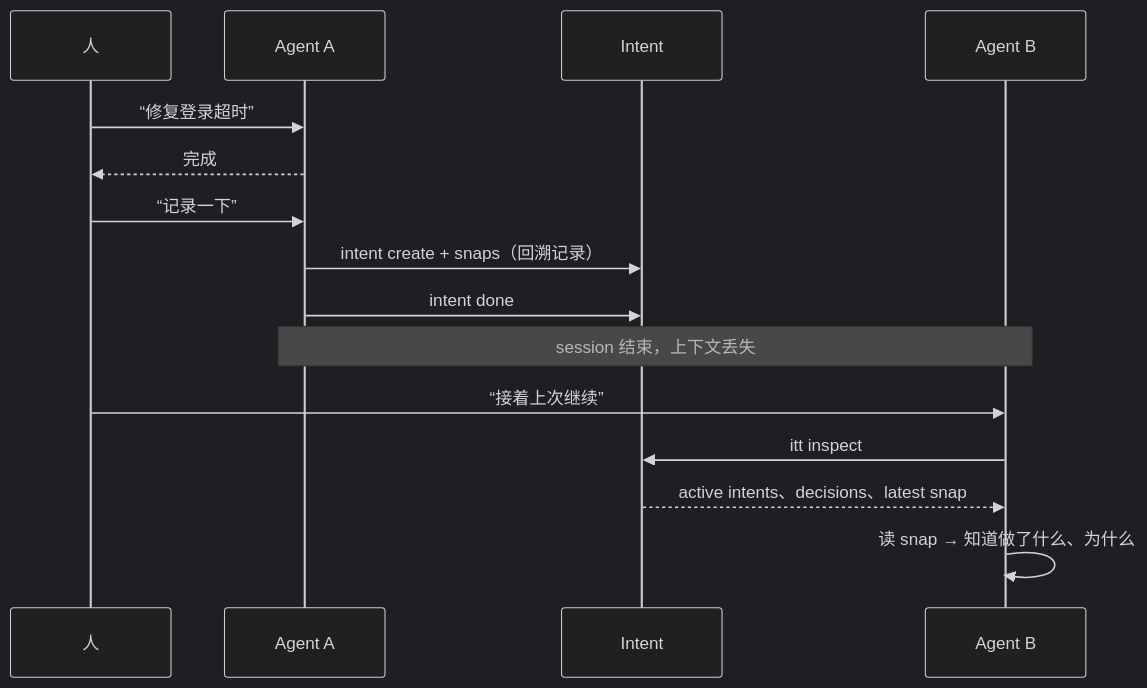
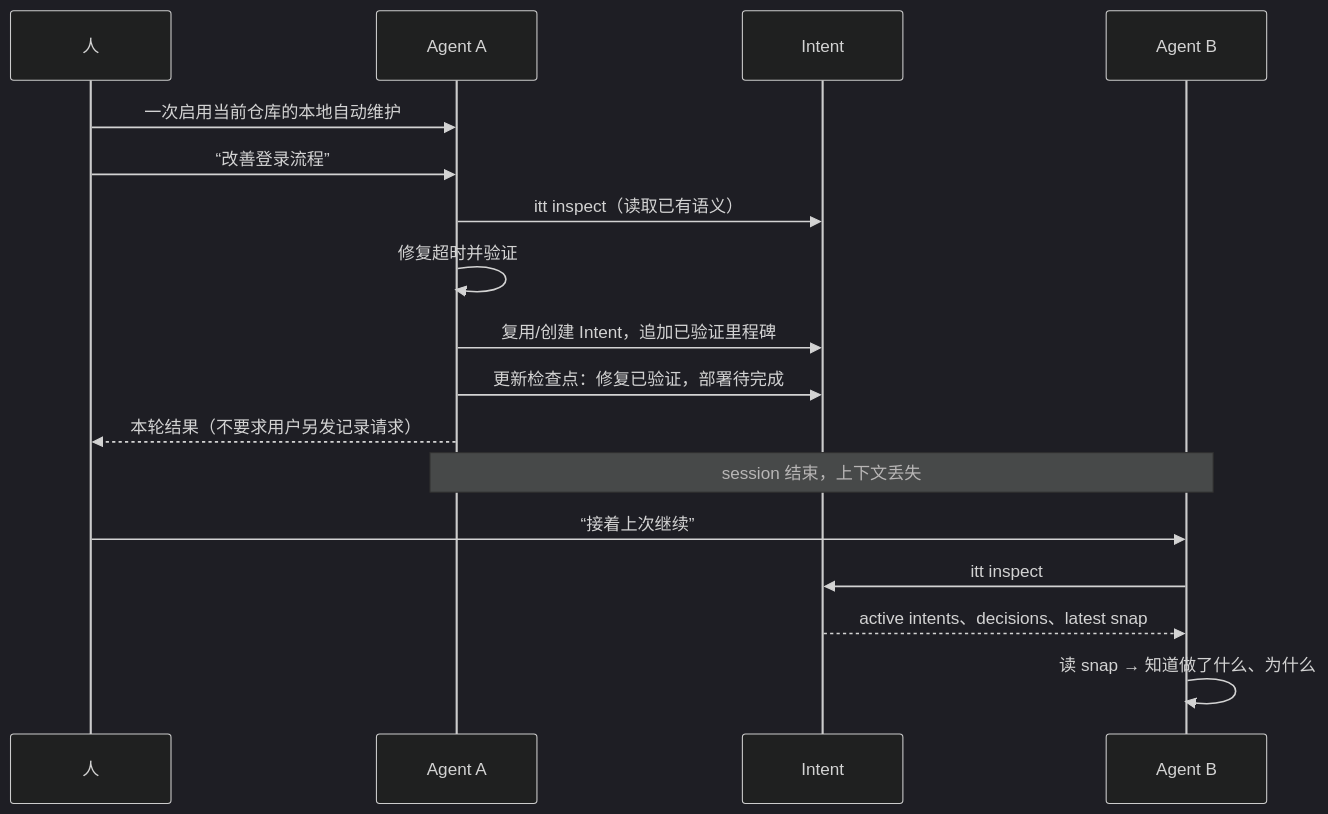
One commit to dozybot001/Intent changed the third of 3 diagrams in docs/CN/vision.md. Above: the diagram before and after it, drawn with Mermaid (dark theme). The commit also changed other lines of this file and 11 other files, not shown here.

````diff
--- a/docs/CN/vision.md
+++ b/docs/CN/vision.md
@@ -153,20 +153,22 @@
 ```mermaid
 sequenceDiagram
   participant H as 人
   participant A as Agent A
   participant I as Intent
   participant B as Agent B
 
-  H->>A: “修复登录超时”
-  A-->>H: 完成
-  H->>A: “记录一下”
-  A->>I: intent create + snaps（回溯记录）
-  A->>I: intent done
+  H->>A: 一次启用当前仓库的本地自动维护
+  H->>A: “改善登录流程”
+  A->>I: itt inspect（读取已有语义）
+  A->>A: 修复超时并验证
+  A->>I: 复用/创建 Intent，追加已验证里程碑
+  A->>I: 更新检查点：修复已验证，部署待完成
+  A-->>H: 本轮结果（不要求用户另发记录请求）
 
   Note over A,B: session 结束，上下文丢失
 
   H->>B: “接着上次继续”
   B->>I: itt inspect
   I-->>B: active intents、decisions、latest snap
   B->>B: 读 snap → 知道做了什么、为什么
 ```
````
